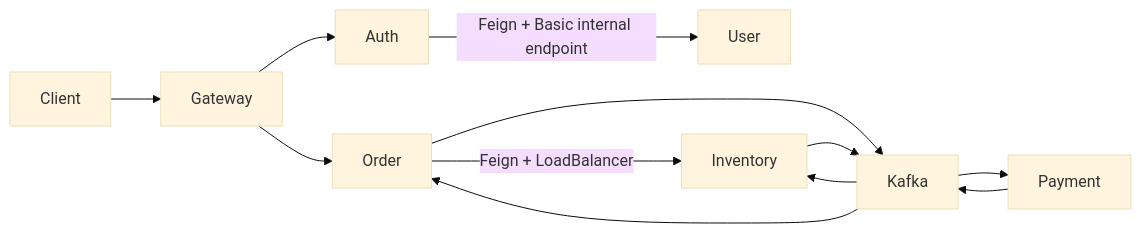
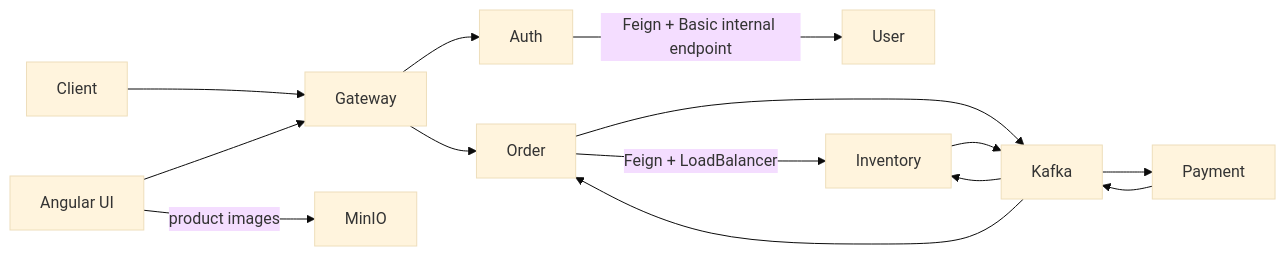
One commit to taukhir/shopverse changed the diagram in documentation/docs/services/SERVICE-CATALOG.md. Above: the diagram before and after it, drawn with Mermaid (base theme). The commit also changed other lines of this file and 250 other files, not shown here.

````diff
--- a/documentation/docs/services/SERVICE-CATALOG.md
+++ b/documentation/docs/services/SERVICE-CATALOG.md
@@ -31,14 +34,16 @@
 ```mermaid
 flowchart LR
     Client --> Gateway
+    Browser["Angular UI"] --> Gateway
+    Browser -->|"product images"| MinIO
     Gateway --> Auth
     Auth -->|Feign + Basic internal endpoint| User
     Gateway --> Order
     Order -->|Feign + LoadBalancer| Inventory
     Order --> Kafka
     Kafka --> Inventory
     Inventory --> Kafka
     Kafka --> Payment
     Payment --> Kafka
     Kafka --> Order
 ```
````
